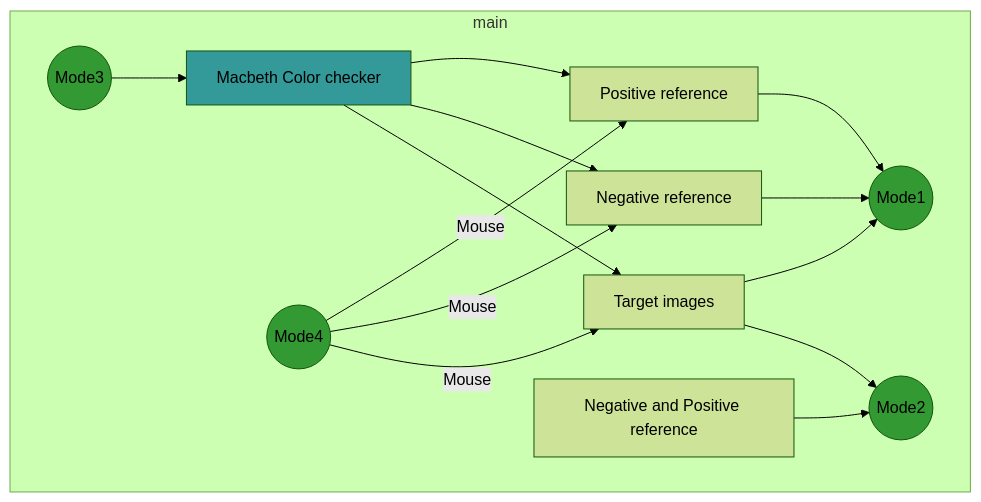
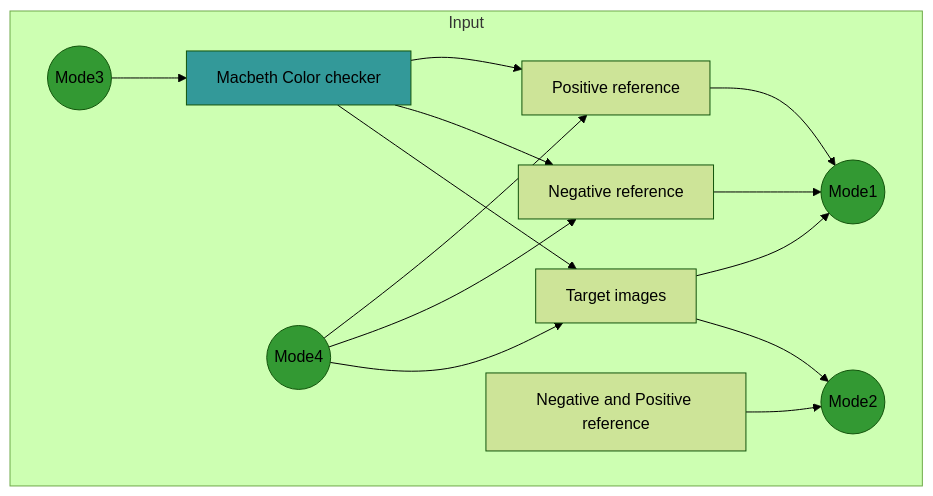
Before and after one commit to wpwupingwp/pyGUS: the first of 2 diagrams in README.md, drawn with Mermaid (forest theme). The commit also changed other lines of this file, not shown here.

````diff
--- a/README.md
+++ b/README.md
@@ -330,25 +341,25 @@
 ```mermaid
 flowchart TB
-    subgraph main
+    subgraph Input
         m1((Mode1))
         m2((Mode2))
         m3((Mode3))
         m4((Mode4))
         targets[Target images]
         c[Macbeth Color checker]
         ref1[Positive reference]
         ref2[Negative reference]
         ref3[Negative and Positive reference]
         targets
         ref1 & ref2 & targets --> m1
         ref3 & targets --> m2
         m3 --> c --> ref1 & ref2 & targets
-        m4 -- Mouse --> ref1 & ref2 & targets
+        m4 --> ref1 & ref2 & targets
         style c fill:#399
         style m1 fill:#393
         style m2 fill:#393
         style m3 fill:#393
         style m4 fill:#393
     end
     
 ```
````
